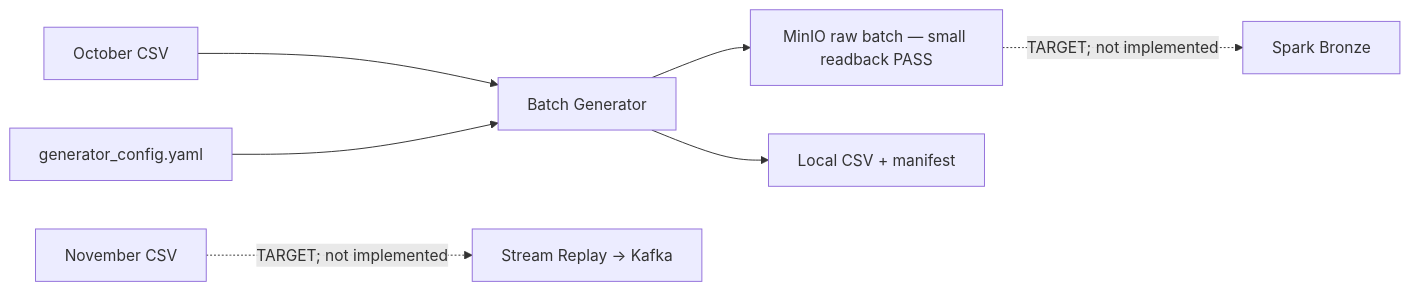
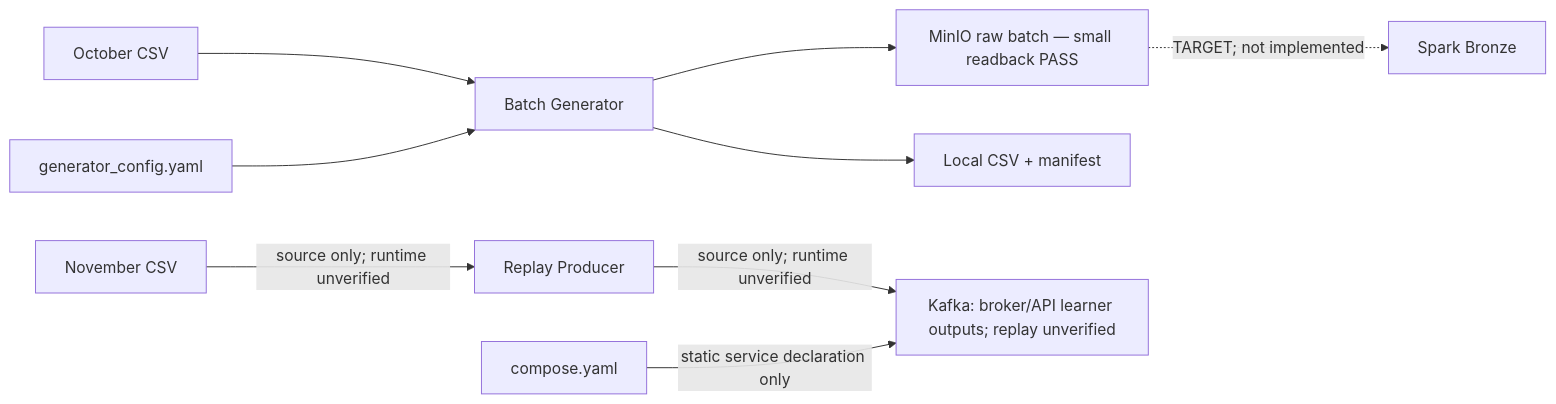
One commit to nhannhan2201/ecom_ML_system- changed the first of 2 diagrams in DATA_CONTRACT.md. Above: the diagram before and after it, drawn with Mermaid. The commit also changed other lines of this file and 11 other files, not shown here.

Commit message:
feat: implement bounded Kafka replay with event-time fault injection

````diff
--- a/DATA_CONTRACT.md
+++ b/DATA_CONTRACT.md
@@ -221,9 +242,11 @@
 ```mermaid
 flowchart LR
   CSV["October CSV"] --> BG["Batch Generator"]
   CFG["generator_config.yaml"] --> BG
   BG --> RAW["MinIO raw batch — small readback PASS"]
   BG --> LOCAL["Local CSV + manifest"]
   RAW -. "TARGET; not implemented" .-> BR["Spark Bronze"]
-  NOV["November CSV"] -. "TARGET; not implemented" .-> K["Stream Replay → Kafka"]
+  NOV["November CSV"] -->|"source only; runtime unverified"| RP["Replay Producer"]
+  RP -->|"source only; runtime unverified"| K["Kafka: broker/API learner outputs; replay unverified"]
+  COMPOSE["compose.yaml"] -->|"static service declaration only"| K
 ```
````
